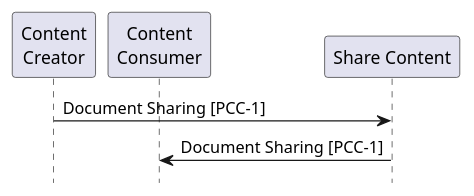
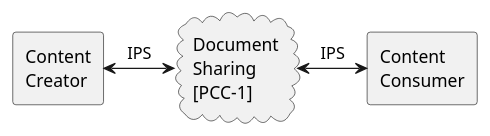
The diagram in input/images-source/usecase1-processflow.plantuml (IHE/PCC.FIIO), drawn with PlantUML before and after one commit. The commit also changed 11 other files, not shown here.

Commit message:
plantuml file updates and ODH example patient added

```diff
--- a/input/images-source/usecase1-processflow.plantuml
+++ b/input/images-source/usecase1-processflow.plantuml
@@ -1,10 +1,11 @@
 @startuml
 skinparam svgDimensionStyle false
 hide footbox
-participant "Content\nCreator" as IPSContentCreator
-participant "Content\nConsumer" as IPSContentConsumer
-participant "Share Content" as cloud
 
-IPSContentCreator -> cloud : Document Sharing [PCC-1]
-cloud -> IPSContentConsumer : Document Sharing [PCC-1]
+agent "Content\nCreator" as IPSContentCreator
+agent "Content\nConsumer" as IPSContentConsumer
+cloud "Document\nSharing\n[PCC-1]" as cloud
+
+IPSContentCreator <-> cloud : IPS
+cloud <-> IPSContentConsumer : IPS
 @enduml
```
